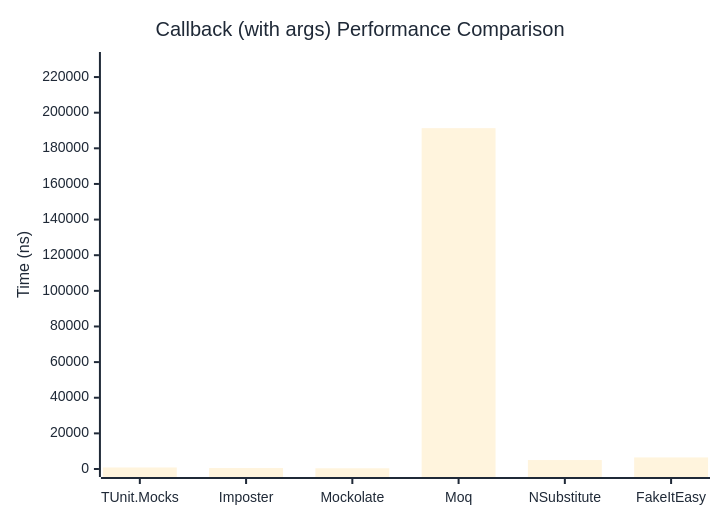
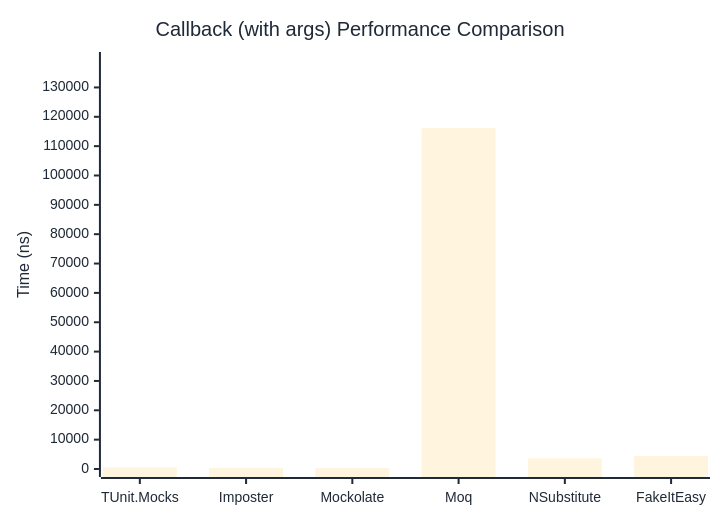
The second of 2 diagrams in docs/docs/benchmarks/mocks/Callback.md (thomhurst/TUnit), drawn with Mermaid before and after one commit. The commit also changed other lines of this file and 14 other files, not shown here.

````diff
--- a/docs/docs/benchmarks/mocks/Callback.md
+++ b/docs/docs/benchmarks/mocks/Callback.md
@@ -71,27 +71,27 @@
 ```mermaid
 %%{init: {
   'theme':'base',
   'themeVariables': {
     'primaryColor': '#2563eb',
     'primaryTextColor': '#1f2937',
     'primaryBorderColor': '#1e40af',
     'lineColor': '#6b7280',
     'secondaryColor': '#7c3aed',
     'tertiaryColor': '#dc2626',
     'background': '#ffffff',
     'pie1': '#2563eb',
     'pie2': '#7c3aed',
     'pie3': '#dc2626',
     'pie4': '#f59e0b',
     'pie5': '#10b981',
     'pie6': '#06b6d4',
     'pie7': '#ec4899',
     'pie8': '#6366f1'
   }
 }}%%
 xychart-beta
   title "Callback (with args) Performance Comparison"
   x-axis ["TUnit.Mocks", "Imposter", "Mockolate", "Moq", "NSubstitute", "FakeItEasy"]
-  y-axis "Time (ns)" 0 --> 229569
-  bar [862.7, 541.3, 401.8, 191307.5, 5018.4, 6494.2]
+  y-axis "Time (ns)" 0 --> 139350
+  bar [617.3, 418, 305.4, 116124.8, 3657.8, 4452.1]
 ```
````
